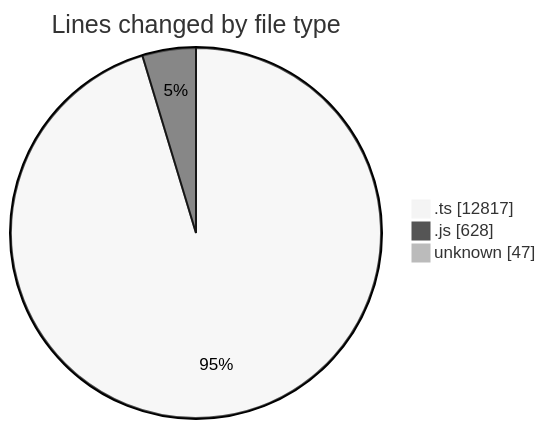
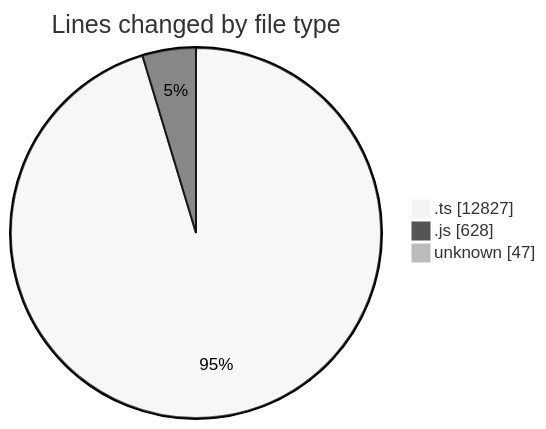
Before and after one commit to momahboobian/code-tracking: the first of 2 diagrams in 2025-09-05/cda/README.md, drawn with Mermaid (neutral theme). The commit also changed other lines of this file and 1 other file, not shown here.

````diff
--- a/2025-09-05/cda/README.md
+++ b/2025-09-05/cda/README.md
@@ -27,7 +27,7 @@
 ```mermaid
 pie showData
 title Lines changed by file type
-".ts" : 12817
+".ts" : 12827
 ".js" : 628
 "unknown" : 47
 ```
````
